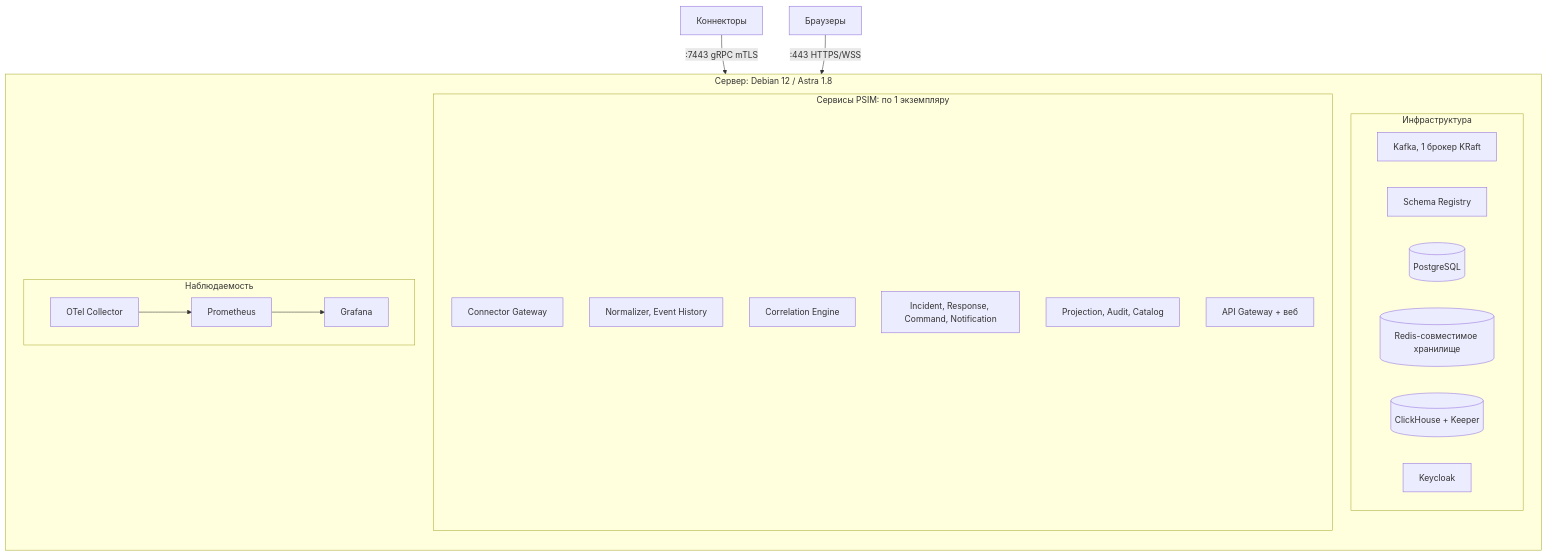
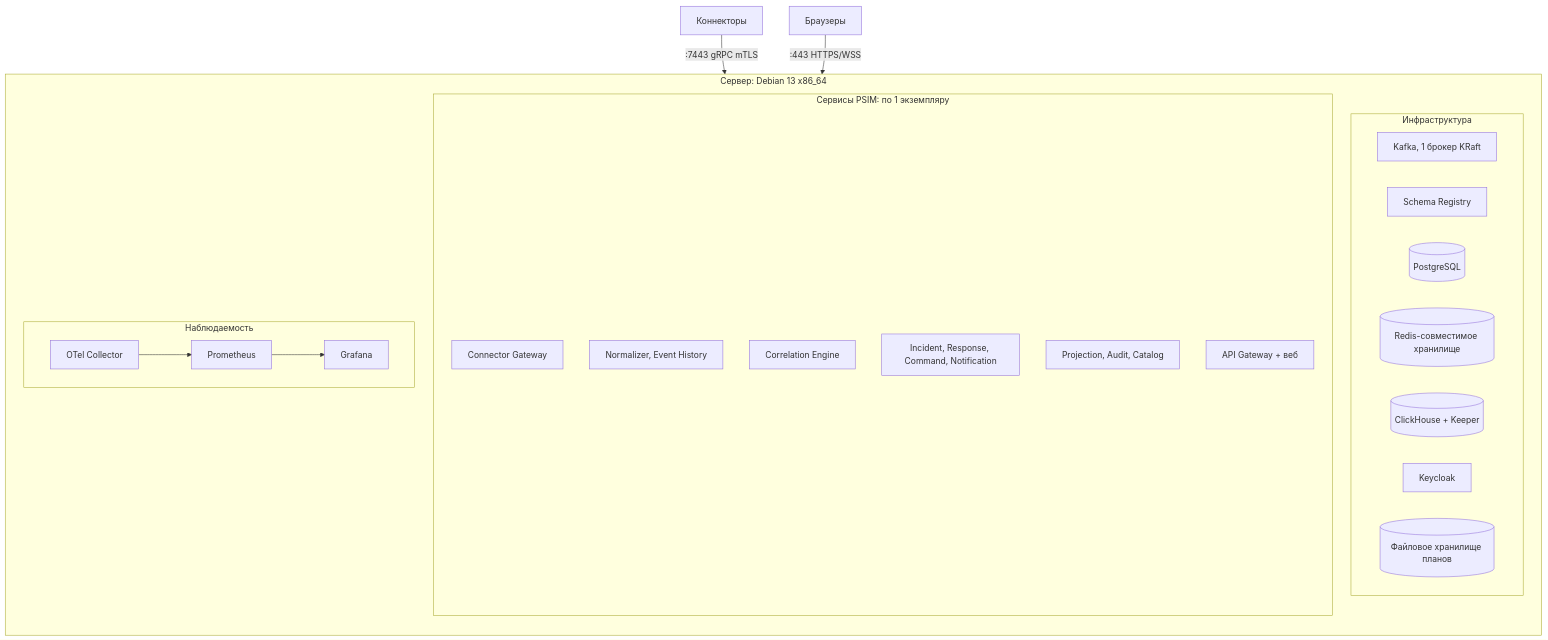
The first of 2 diagrams in docs/architecture/deployment.md (d8zerg/psim), drawn with Mermaid before and after one commit. The commit also changed other lines of this file and 108 other files, not shown here.

````diff
--- a/docs/architecture/deployment.md
+++ b/docs/architecture/deployment.md
@@ -24,27 +25,28 @@
 ```mermaid
 flowchart TB
-    subgraph HOST [Сервер: Debian 12 / Astra 1.8]
+    subgraph HOST [Сервер: Debian 13 x86_64]
         direction TB
         subgraph INFRA [Инфраструктура]
             K[Kafka, 1 брокер KRaft]
             SR[Schema Registry]
             PG[(PostgreSQL)]
             R[(Redis-совместимое хранилище)]
             CH[(ClickHouse + Keeper)]
             KC[Keycloak]
+            FS[(Файловое хранилище планов)]
         end
         subgraph APP [Сервисы PSIM: по 1 экземпляру]
             S1[Connector Gateway]
             S2[Normalizer, Event History]
             S3[Correlation Engine]
             S4[Incident, Response, Command, Notification]
             S5[Projection, Audit, Catalog]
             S6[API Gateway + веб]
         end
         subgraph OBS [Наблюдаемость]
             OC[OTel Collector] --> PR[Prometheus] --> GR[Grafana]
         end
     end
     CONN[Коннекторы] -- ":7443 gRPC mTLS" --> S1
     USR[Браузеры] -- ":443 HTTPS/WSS" --> S6
 ```
````
